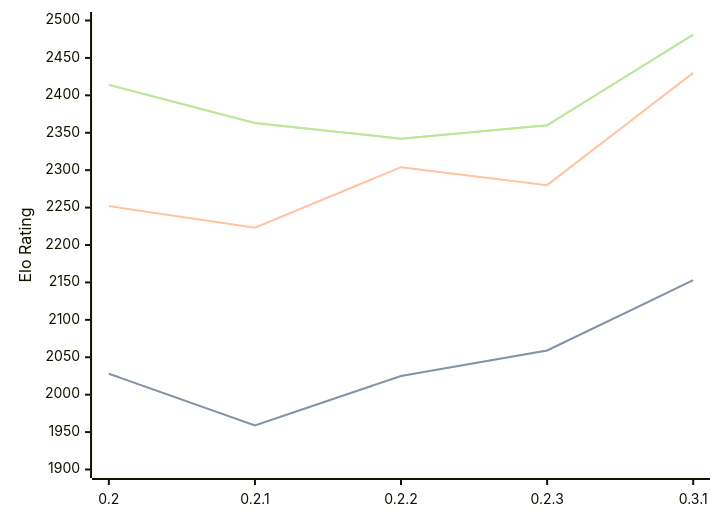
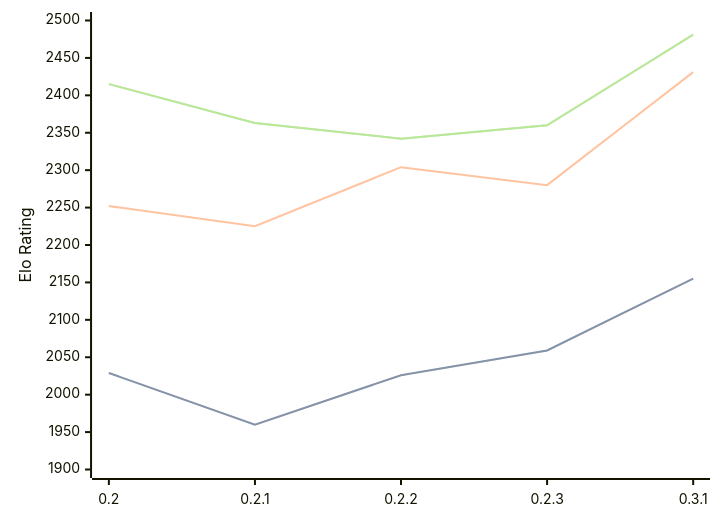
Before and after one commit to computer-chess-index/cci: the diagram in engines/Lolbot.md, drawn with Mermaid. The commit also changed other lines of this file, not shown here.

Commit message:
Update CCI Ratings (ELO VLTC) - 2026-05-01

````diff
--- a/engines/Lolbot.md
+++ b/engines/Lolbot.md
@@ -36,11 +36,11 @@
 ```mermaid
 %%{init: {"theme":"base","themeVariables":{"seriesColors:['#a3a3a3','#222221','#faa371']}}}%%
 xychart-beta
   x-axis ["0.2", "0.2.1", "0.2.2", "0.2.3", "0.3.1"]
   y-axis "Elo Rating" 1900 --> 2500
-  line "STC (8.0+0.08s)" [2028, 1959, 2025, 2059, 2153]
-  line "STC (8.0+0.08s)" [2028, 1959, 2025, 2059, 2153]
-  line "LTC (60.0+0.60s)" [2252, 2223, 2304, 2280, 2430]
-  line "VLTC (2m24s+1.12s)" [2414, 2363, 2342, 2360, 2481]
-  line "VLTC (2m24s+1.12s)" [2414, 2363, 2342, 2360, 2481]
+  line "STC (8.0+0.08s)" [2029, 1960, 2026, 2059, 2155]
+  line "STC (8.0+0.08s)" [2029, 1960, 2026, 2059, 2155]
+  line "LTC (60.0+0.60s)" [2252, 2225, 2304, 2280, 2431]
+  line "VLTC (2m24s+1.12s)" [2415, 2363, 2342, 2360, 2481]
+  line "VLTC (2m24s+1.12s)" [2415, 2363, 2342, 2360, 2481]
 ```
````
